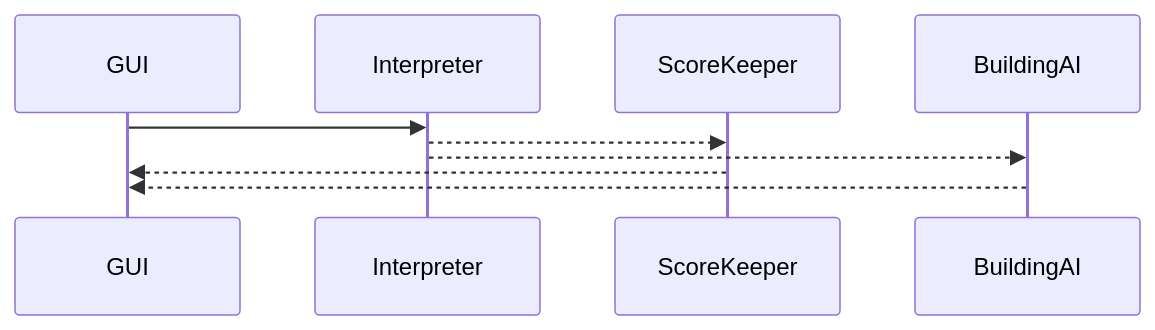
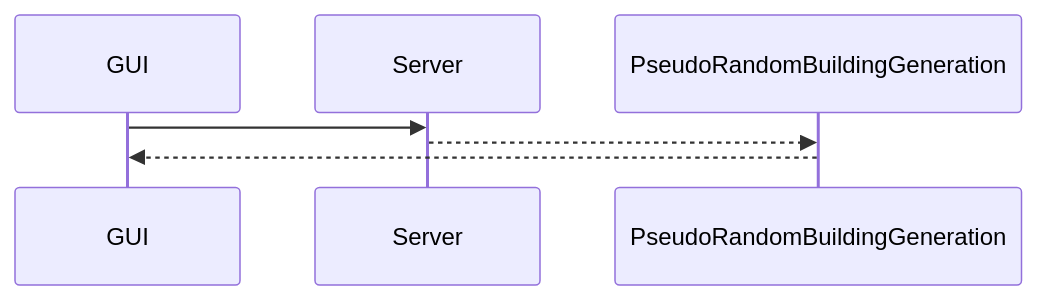
The second of 3 diagrams in README.md (cbiddle3/skyRunner), drawn with Mermaid before and after one commit.

Commit message:
Update README.md
sequence diagram

````diff
--- a/README.md
+++ b/README.md
@@ -43,8 +43,6 @@
 ```mermaid
 sequenceDiagram
-   GUI->>Interpreter: 
-   Interpreter-->>ScoreKeeper: 
-   Interpreter-->>BuildingAI: 
-   ScoreKeeper-->>GUI: 
-   BuildingAI-->>GUI: 
+   GUI->>Server: 
+   Server-->>PseudoRandomBuildingGeneration: 
+   PseudoRandomBuildingGeneration-->>GUI: 
 ```
````
